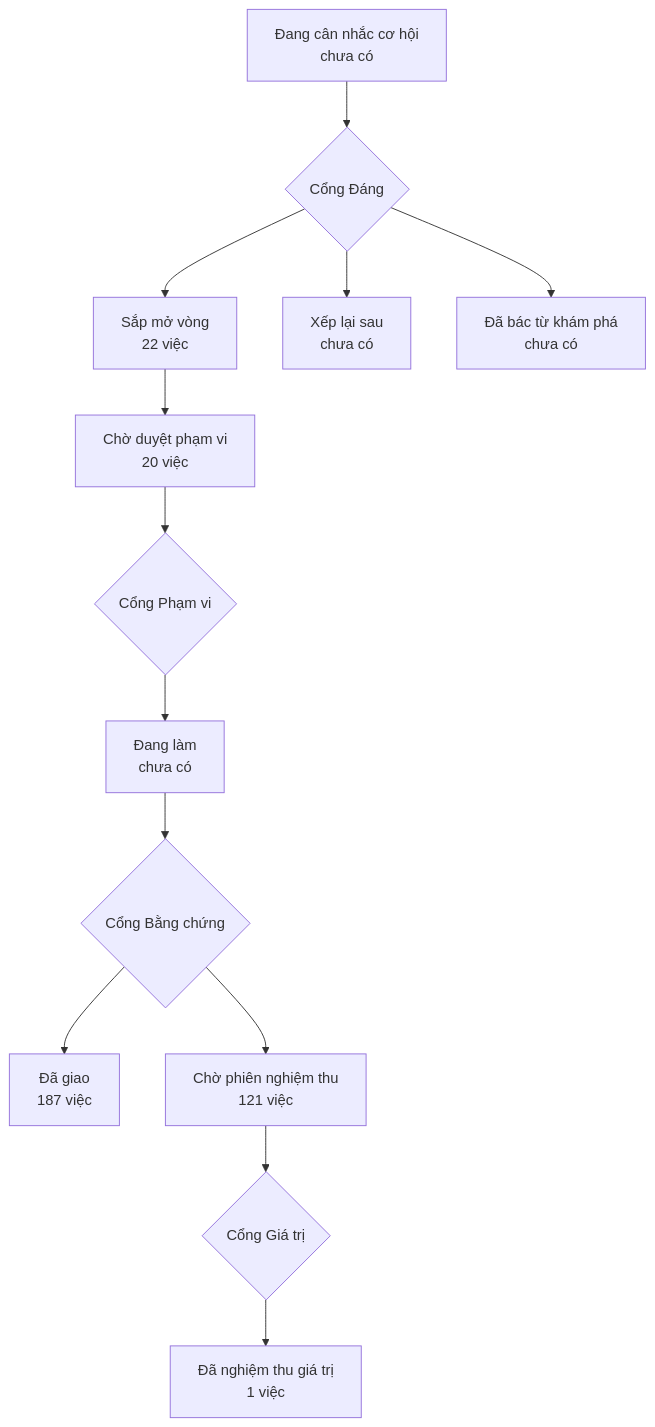
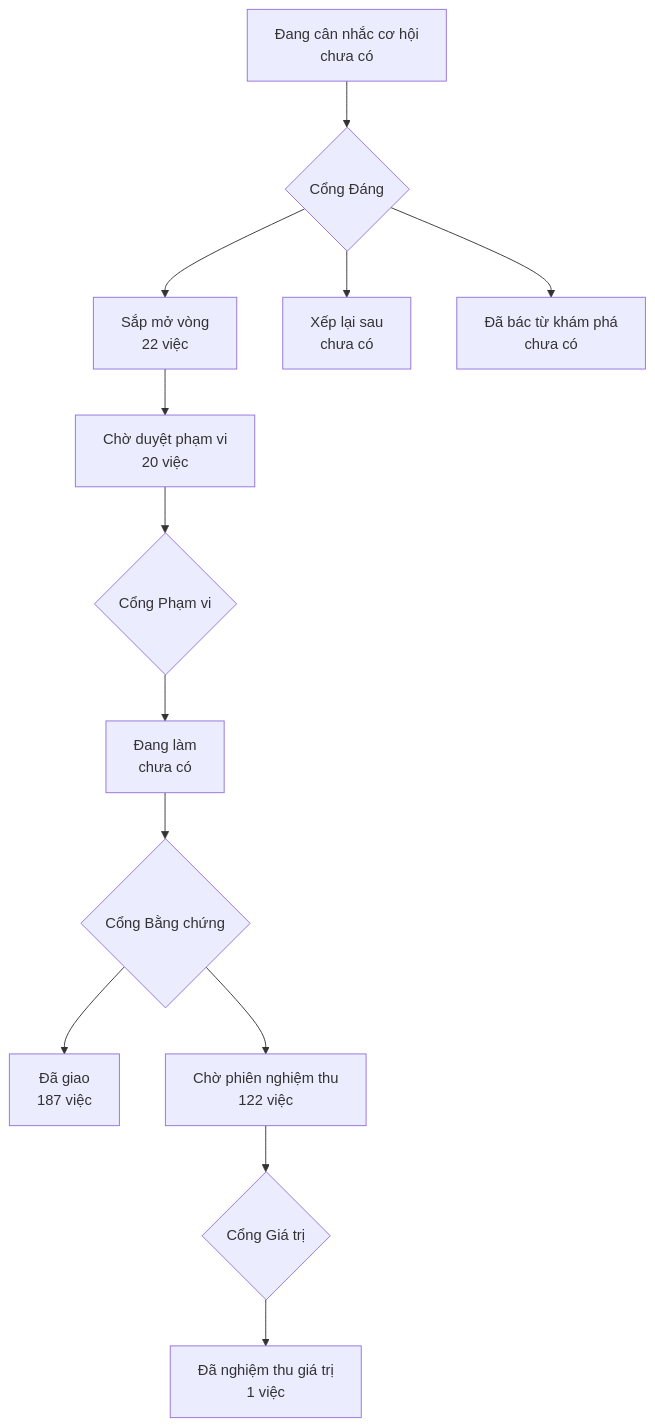
One commit to phanlemanh/onehub-invest changed the diagram in PRODUCT-MAP.md. Above: the diagram before and after it, drawn with Mermaid. The commit also changed other lines of this file and 25 other files, not shown here.

````diff
--- a/PRODUCT-MAP.md
+++ b/PRODUCT-MAP.md
@@ -7,12 +7,12 @@
 ```mermaid
 flowchart TD
   A["Đang cân nhắc cơ hội<br/>chưa có"] --> GD{"Cổng Đáng"}
   GD --> B["Sắp mở vòng<br/>22 việc"]
   GD --> XL["Xếp lại sau<br/>chưa có"]
   GD --> DB["Đã bác từ khám phá<br/>chưa có"]
   B --> CD["Chờ duyệt phạm vi<br/>20 việc"] --> GP{"Cổng Phạm vi"}
   GP --> DL["Đang làm<br/>chưa có"] --> GB{"Cổng Bằng chứng"}
   GB --> DG["Đã giao<br/>187 việc"]
-  GB --> CN["Chờ phiên nghiệm thu<br/>121 việc"] --> GG{"Cổng Giá trị"}
+  GB --> CN["Chờ phiên nghiệm thu<br/>122 việc"] --> GG{"Cổng Giá trị"}
   GG --> NT["Đã nghiệm thu giá trị<br/>1 việc"]
 ```
````
